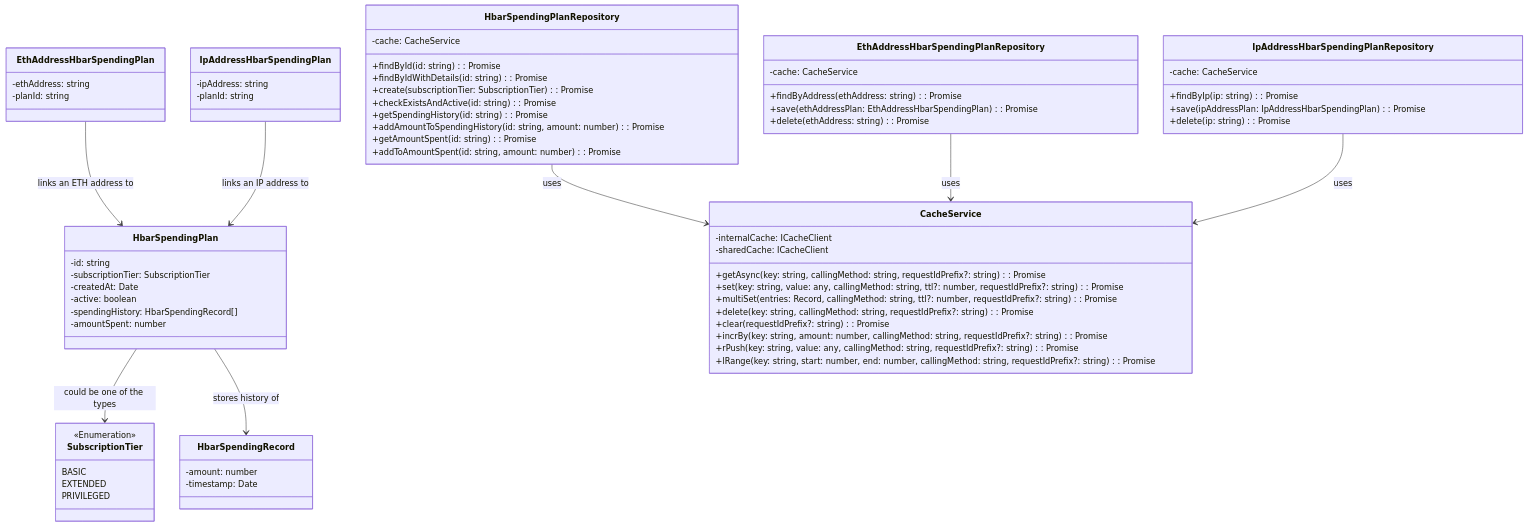
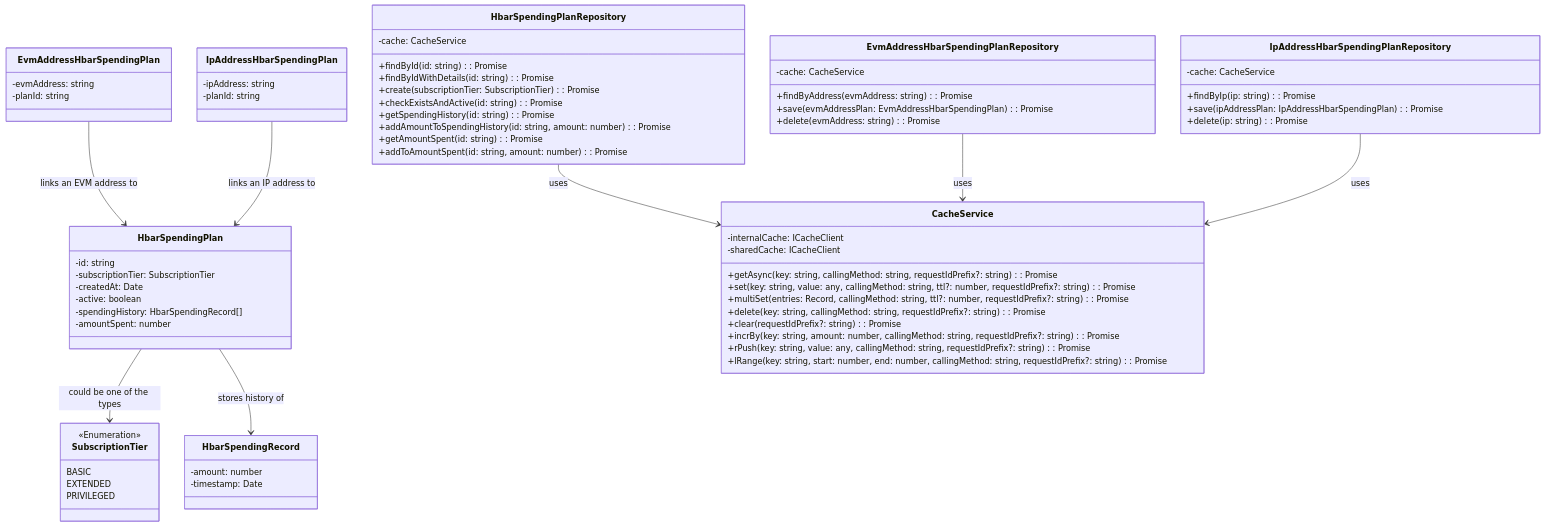
The fourth of 4 diagrams in docs/design/hbar-limiter.md (async-knightbgt7/hiero-json-rpc-relay), drawn with Mermaid before and after one commit. The commit also changed other lines of this file and 24 other files, not shown here.

Commit message:
chore: replaced eth-address with evm-address in code (#3293)

````diff
--- a/docs/design/hbar-limiter.md
+++ b/docs/design/hbar-limiter.md
@@ -189,80 +189,80 @@
 ```mermaid
 classDiagram
     class HbarSpendingPlan {
         -id: string
         -subscriptionTier: SubscriptionTier
         -createdAt: Date
         -active: boolean
         -spendingHistory: HbarSpendingRecord[]
         -amountSpent: number
     }
 
     class HbarSpendingRecord {
         -amount: number
         -timestamp: Date
     }
 
-    class EthAddressHbarSpendingPlan {
-        -ethAddress: string
+    class EvmAddressHbarSpendingPlan {
+        -evmAddress: string
         -planId: string
     }
 
     class IpAddressHbarSpendingPlan {
         -ipAddress: string
         -planId: string
     }
 
     class CacheService {
         -internalCache: ICacheClient
         -sharedCache: ICacheClient
         +getAsync<T>(key: string, callingMethod: string, requestIdPrefix?: string): Promise<T>
         +set(key: string, value: any, callingMethod: string, ttl?: number, requestIdPrefix?: string): Promise<void>
         +multiSet(entries: Record<string, any>, callingMethod: string, ttl?: number, requestIdPrefix?: string): Promise<void>
         +delete(key: string, callingMethod: string, requestIdPrefix?: string): Promise<void>
         +clear(requestIdPrefix?: string): Promise<void>
         +incrBy(key: string, amount: number, callingMethod: string, requestIdPrefix?: string): Promise<number>
         +rPush(key: string, value: any, callingMethod: string, requestIdPrefix?: string): Promise<number>
         +lRange<T>(key: string, start: number, end: number, callingMethod: string, requestIdPrefix?: string): Promise<T[]>
     }
 
     class HbarSpendingPlanRepository {
         -cache: CacheService
         +findById(id: string): Promise<IHbarSpendingPlan>
         +findByIdWithDetails(id: string): Promise<IDetailedHbarSpendingPlan>
         +create(subscriptionTier: SubscriptionTier): Promise<IDetailedHbarSpendingPlan>
         +checkExistsAndActive(id: string): Promise<void>
         +getSpendingHistory(id: string): Promise<HbarSpendingRecord[]>
         +addAmountToSpendingHistory(id: string, amount: number): Promise<number>
         +getAmountSpent(id: string): Promise<number>
         +addToAmountSpent(id: string, amount: number): Promise<void>
     }
 
-    class EthAddressHbarSpendingPlanRepository {
+    class EvmAddressHbarSpendingPlanRepository {
         -cache: CacheService
-        +findByAddress(ethAddress: string): Promise<EthAddressHbarSpendingPlan>
-        +save(ethAddressPlan: EthAddressHbarSpendingPlan): Promise<void>
-        +delete(ethAddress: string): Promise<void>
+        +findByAddress(evmAddress: string): Promise<EvmAddressHbarSpendingPlan>
+        +save(evmAddressPlan: EvmAddressHbarSpendingPlan): Promise<void>
+        +delete(evmAddress: string): Promise<void>
     }
 
     class IpAddressHbarSpendingPlanRepository {
         -cache: CacheService
         +findByIp(ip: string): Promise<IpAddressHbarSpendingPlan>
         +save(ipAddressPlan: IpAddressHbarSpendingPlan): Promise<void>
         +delete(ip: string): Promise<void>
     }
 
     class SubscriptionTier
     <<Enumeration>> SubscriptionTier
     SubscriptionTier : BASIC
     SubscriptionTier : EXTENDED
     SubscriptionTier : PRIVILEGED
 
     HbarSpendingPlan --> SubscriptionTier : could be one of the types
     HbarSpendingPlan --> HbarSpendingRecord : stores history of
-    EthAddressHbarSpendingPlan --> HbarSpendingPlan : links an ETH address to
+    EvmAddressHbarSpendingPlan --> HbarSpendingPlan : links an EVM address to
     IpAddressHbarSpendingPlan --> HbarSpendingPlan : links an IP address to
 
     HbarSpendingPlanRepository --> CacheService : uses
-    EthAddressHbarSpendingPlanRepository --> CacheService : uses
+    EvmAddressHbarSpendingPlanRepository --> CacheService : uses
     IpAddressHbarSpendingPlanRepository --> CacheService : uses
 ```
````
